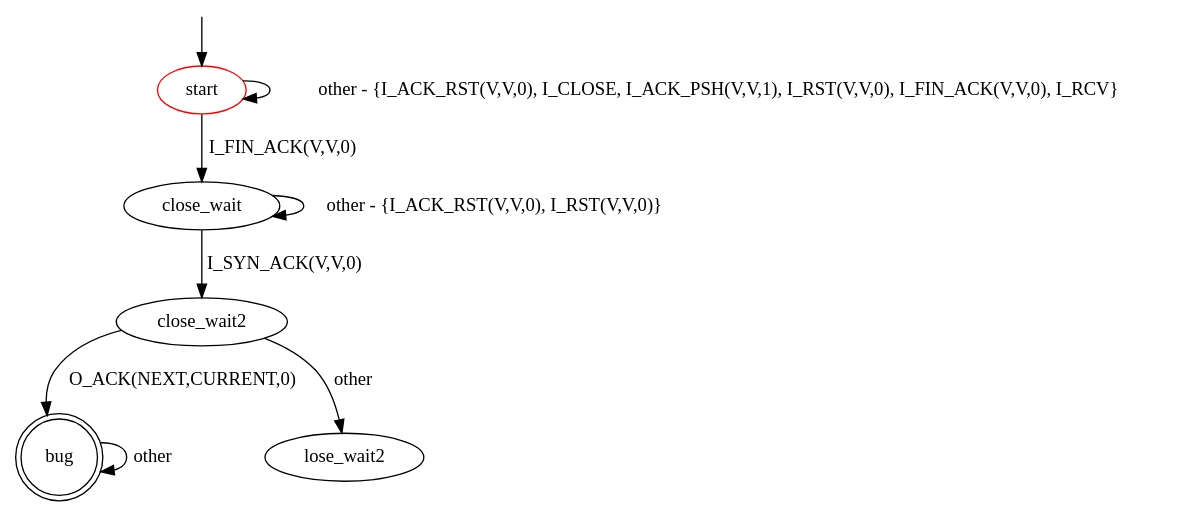
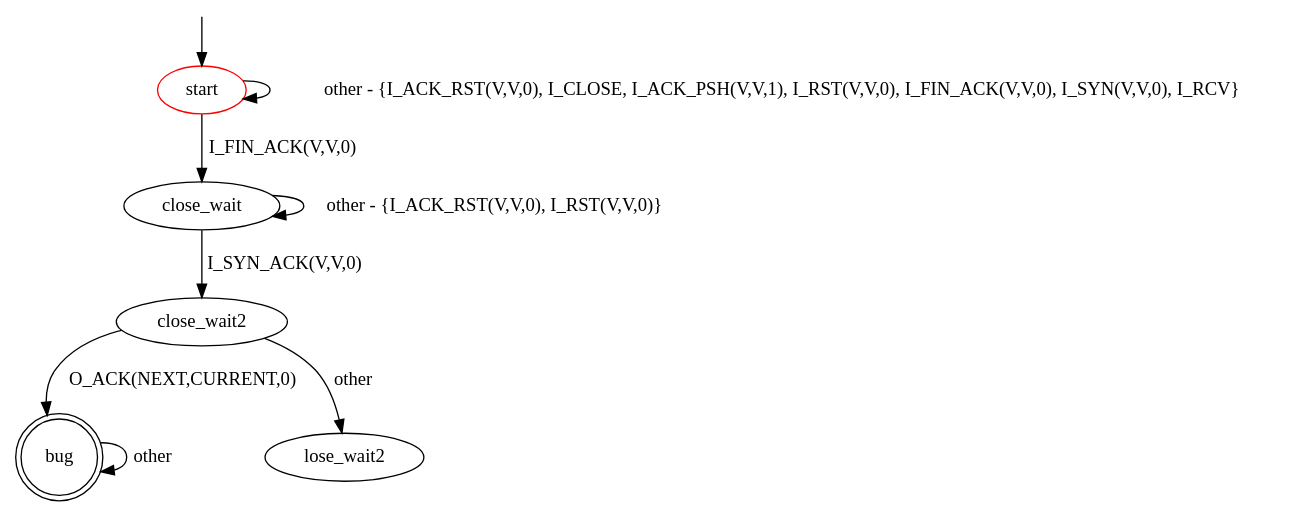
Before and after one commit to assist-project/state-machine-bug-finder: the diagram in src/main/resources/patterns/tcp/invalid_response_to_synack4.dot, drawn with Graphviz. The commit also changed 3 other files, not shown here.

```diff
--- a/src/main/resources/patterns/tcp/invalid_response_to_synack4.dot
+++ b/src/main/resources/patterns/tcp/invalid_response_to_synack4.dot
@@ -1,18 +1,18 @@
 digraph G {
 label=""
 start [color="red"]
 bug [shape="doublecircle"]
 
-start -> start [label="other - {I_ACK_RST(V,V,0), I_CLOSE, I_ACK_PSH(V,V,1), I_RST(V,V,0), I_FIN_ACK(V,V,0), I_RCV}"]
+start -> start [label="other - {I_ACK_RST(V,V,0), I_CLOSE, I_ACK_PSH(V,V,1), I_RST(V,V,0), I_FIN_ACK(V,V,0), I_SYN(V,V,0), I_RCV}"]
 start -> close_wait [label="I_FIN_ACK(V,V,0)"]
 close_wait -> close_wait [label="other - {I_ACK_RST(V,V,0), I_RST(V,V,0)}"]
 close_wait-> close_wait2  [label="I_SYN_ACK(V,V,0)"]
 close_wait2 -> lose_wait2 [label="other"]
 close_wait2 -> bug [label="O_ACK(NEXT,CURRENT,0)"]
 
 
 bug -> bug [label="other"]
 
 __start0 [label="" shape="none" width="0" height="0"];
 __start0 -> start;
 }
```
